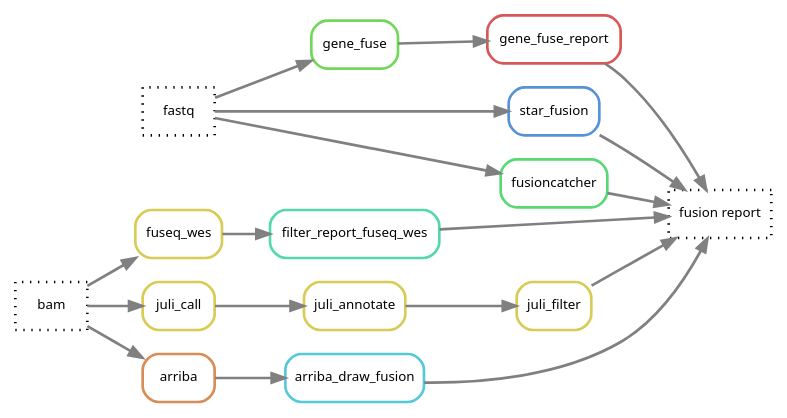
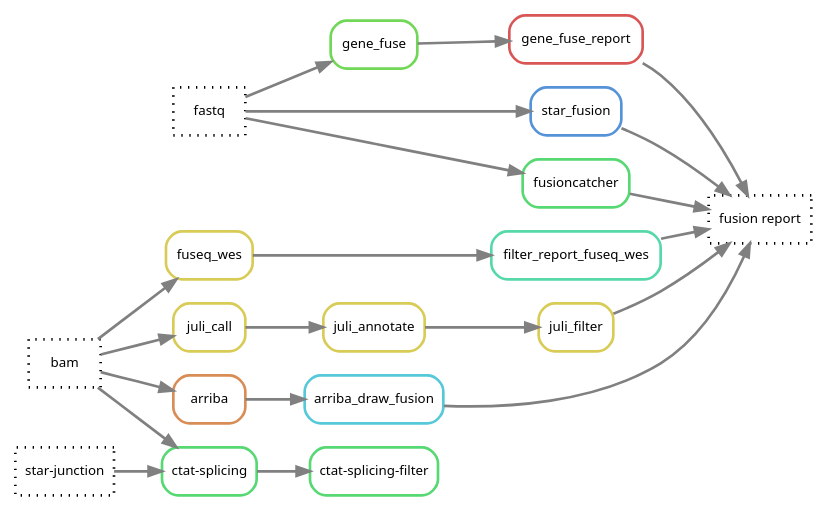
The diagram in docs/images/fusions.dot (hydra-genetics/fusions), drawn with Graphviz before and after one commit. The commit also changed 10 other files, not shown here.

Commit message:
feat: added filtering of ctat-splicing as well as documentation

```diff
--- a/docs/images/fusions.dot
+++ b/docs/images/fusions.dot
@@ -1,37 +1,43 @@
 digraph snakemake_dag {
 	rankdir="LR"
     graph[bgcolor=white, margin=0];
     node[shape=box, style=rounded, fontname=sans,                 fontsize=10, penwidth=2];
     edge[penwidth=2, color=grey];
 	0[label = "fusion report", color = "0.0 0.0 0.0", style="dotted"];
 	1[label = "gene_fuse_report", color = "0.00 0.6 0.85", style="rounded"];
 	2[label = "gene_fuse", color = "0.30 0.6 0.85", style="rounded"];
 	3[label = "filter_report_fuseq_wes", color = "0.44 0.6 0.85", style="rounded"];
 	4[label = "fuseq_wes", color = "0.15 0.6 0.85", style="rounded"];
 	41[label = "juli_call", color = "0.15 0.6 0.85", style="rounded"];
 	42[label = "juli_annotate", color = "0.15 0.6 0.85", style="rounded"];
 	43[label = "juli_filter", color = "0.15 0.6 0.85", style="rounded"];
 	5[label = "arriba_draw_fusion", color = "0.52 0.6 0.85", style="rounded"];
 	6[label = "arriba", color = "0.07 0.6 0.85", style="rounded"];
 	7[label = "star_fusion", color = "0.59 0.6 0.85", style="rounded"];
 	8[label = "fusioncatcher", color = "0.37 0.6 0.85", style="rounded"];
+	81[label = "ctat-splicing", color = "0.37 0.6 0.85", style="rounded"];
+	82[label = "ctat-splicing-filter", color = "0.37 0.6 0.85", style="rounded"];
 	9[label = "fastq", color = "0.0 0.0 0.0", style="dotted"];
 	10[label = "bam", color = "0.0 0.0 0.0", style="dotted"];
+	11[label = "star-junction", color = "0.0 0.0 0.0", style="dotted"];
 	1 -> 0
 	8 -> 0
 	3 -> 0
 	5 -> 0
 	7 -> 0
 	2 -> 1
 	4 -> 3
 	6 -> 5
 	10 -> 6
+	11 -> 81
+	10 -> 81
+	81 -> 82
 	9 -> 8
 	9 -> 7
 	9 -> 2
 	10 -> 4
 	10 -> 41
 	41 -> 42
 	42 -> 43
 	43 -> 0
 }            
```
